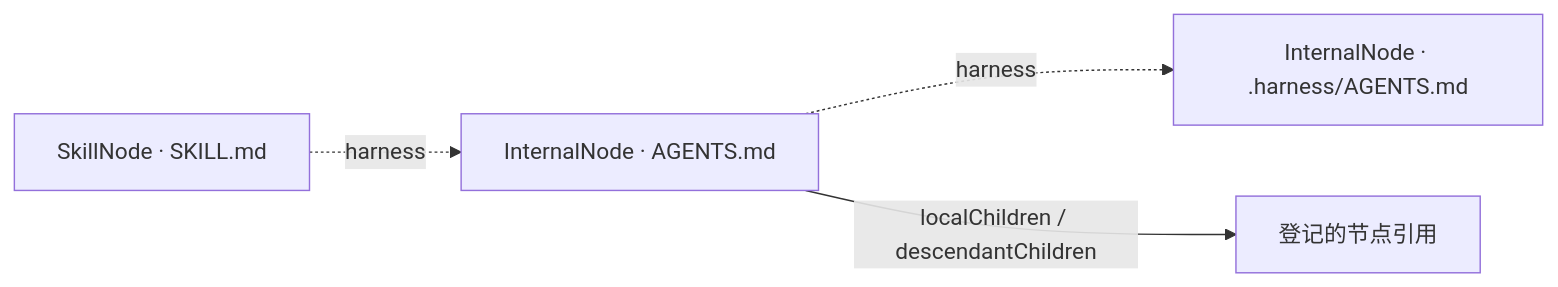
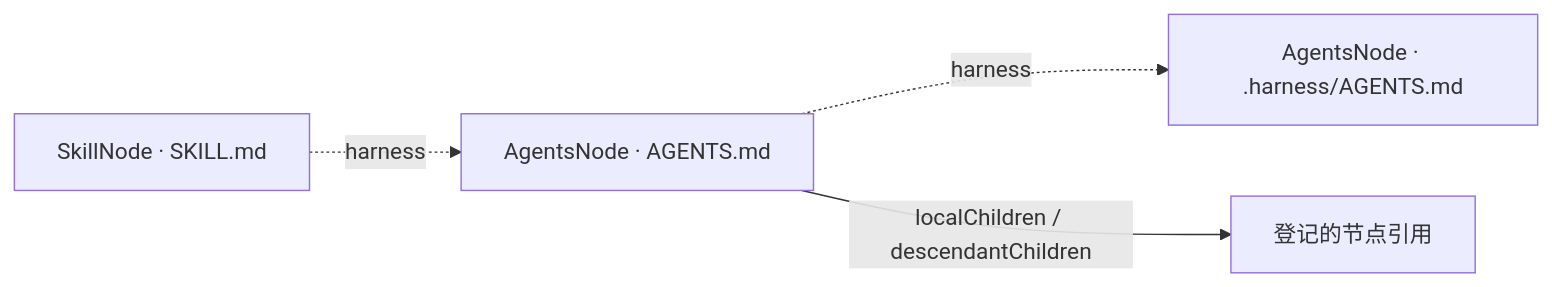
The third of 6 diagrams in extensions/cli/src/domain/models/README.md (VirusPC/edges), drawn with Mermaid before and after one commit. The commit also changed other lines of this file and 1629 other files, not shown here.

````diff
--- a/extensions/cli/src/domain/models/README.md
+++ b/extensions/cli/src/domain/models/README.md
@@ -90,6 +133,6 @@
 ```mermaid
 flowchart LR
-    S[SkillNode · SKILL.md] -. harness .-> A[InternalNode · AGENTS.md]
-    A -. harness .-> H[InternalNode · .harness/AGENTS.md]
+    S[SkillNode · SKILL.md] -. harness .-> A[AgentsNode · AGENTS.md]
+    A -. harness .-> H[AgentsNode · .harness/AGENTS.md]
     A -->|localChildren / descendantChildren| C[登记的节点引用]
 ```
````
